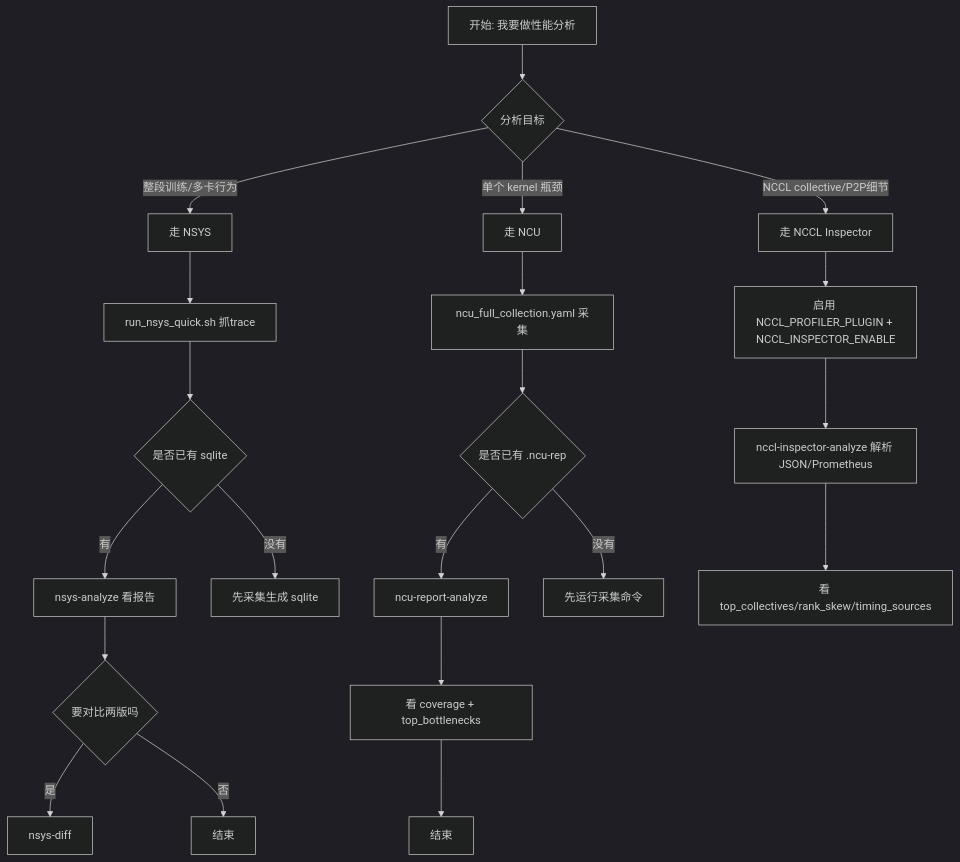
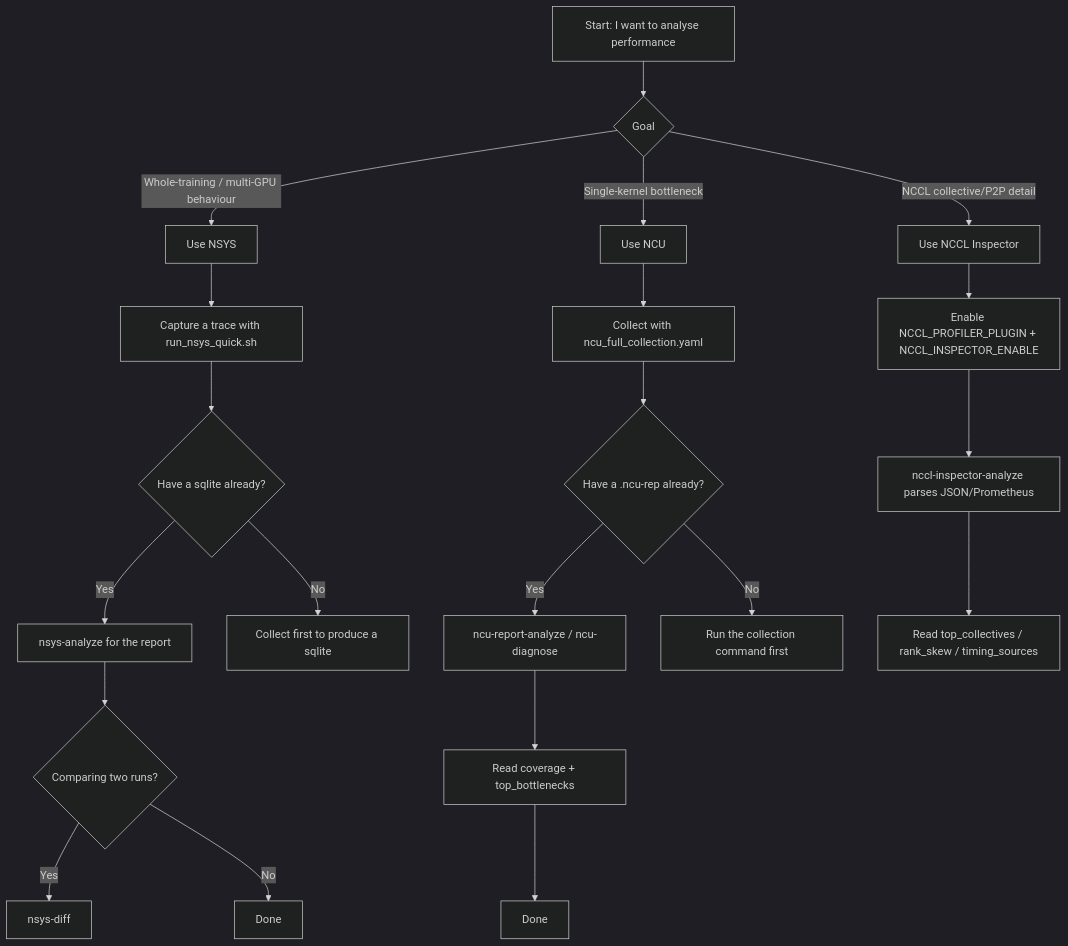
Before and after one commit to woshipapa/my_utils: the diagram in my_utils/profiling/README.md, drawn with Mermaid (dark theme). The commit also changed other lines of this file and 10 other files, not shown here.

````diff
--- a/my_utils/profiling/README.md
+++ b/my_utils/profiling/README.md
@@ -14,26 +18,26 @@
 ```mermaid
 flowchart TD
-    A[开始: 我要做性能分析] --> B{分析目标}
-    B -->|整段训练/多卡行为| C[走 NSYS]
-    B -->|单个 kernel 瓶颈| D[走 NCU]
-    B -->|NCCL collective/P2P细节| E[走 NCCL Inspector]
+    A[Start: I want to analyse performance] --> B{Goal}
+    B -->|Whole-training / multi-GPU behaviour| C[Use NSYS]
+    B -->|Single-kernel bottleneck| D[Use NCU]
+    B -->|NCCL collective/P2P detail| E[Use NCCL Inspector]
 
-    C --> C1[run_nsys_quick.sh 抓trace]
-    C1 --> C2{是否已有 sqlite}
-    C2 -->|有| C3[nsys-analyze 看报告]
-    C2 -->|没有| C4[先采集生成 sqlite]
-    C3 --> C5{要对比两版吗}
-    C5 -->|是| C6[nsys-diff]
-    C5 -->|否| C7[结束]
+    C --> C1[Capture a trace with run_nsys_quick.sh]
+    C1 --> C2{Have a sqlite already?}
+    C2 -->|Yes| C3[nsys-analyze for the report]
+    C2 -->|No| C4[Collect first to produce a sqlite]
+    C3 --> C5{Comparing two runs?}
+    C5 -->|Yes| C6[nsys-diff]
+    C5 -->|No| C7[Done]
 
-    D --> D1[ncu_full_collection.yaml 采集]
-    D1 --> D2{是否已有 .ncu-rep}
-    D2 -->|有| D3[ncu-report-analyze]
-    D2 -->|没有| D4[先运行采集命令]
-    D3 --> D5[看 coverage + top_bottlenecks]
-    D5 --> D6[结束]
+    D --> D1[Collect with ncu_full_collection.yaml]
+    D1 --> D2{Have a .ncu-rep already?}
+    D2 -->|Yes| D3[ncu-report-analyze / ncu-diagnose]
+    D2 -->|No| D4[Run the collection command first]
+    D3 --> D5[Read coverage + top_bottlenecks]
+    D5 --> D6[Done]
 
-    E --> E1[启用 NCCL_PROFILER_PLUGIN + NCCL_INSPECTOR_ENABLE]
-    E1 --> E2[nccl-inspector-analyze 解析 JSON/Prometheus]
-    E2 --> E3[看 top_collectives/rank_skew/timing_sources]
+    E --> E1[Enable NCCL_PROFILER_PLUGIN + NCCL_INSPECTOR_ENABLE]
+    E1 --> E2[nccl-inspector-analyze parses JSON/Prometheus]
+    E2 --> E3[Read top_collectives / rank_skew / timing_sources]
 ```
````
